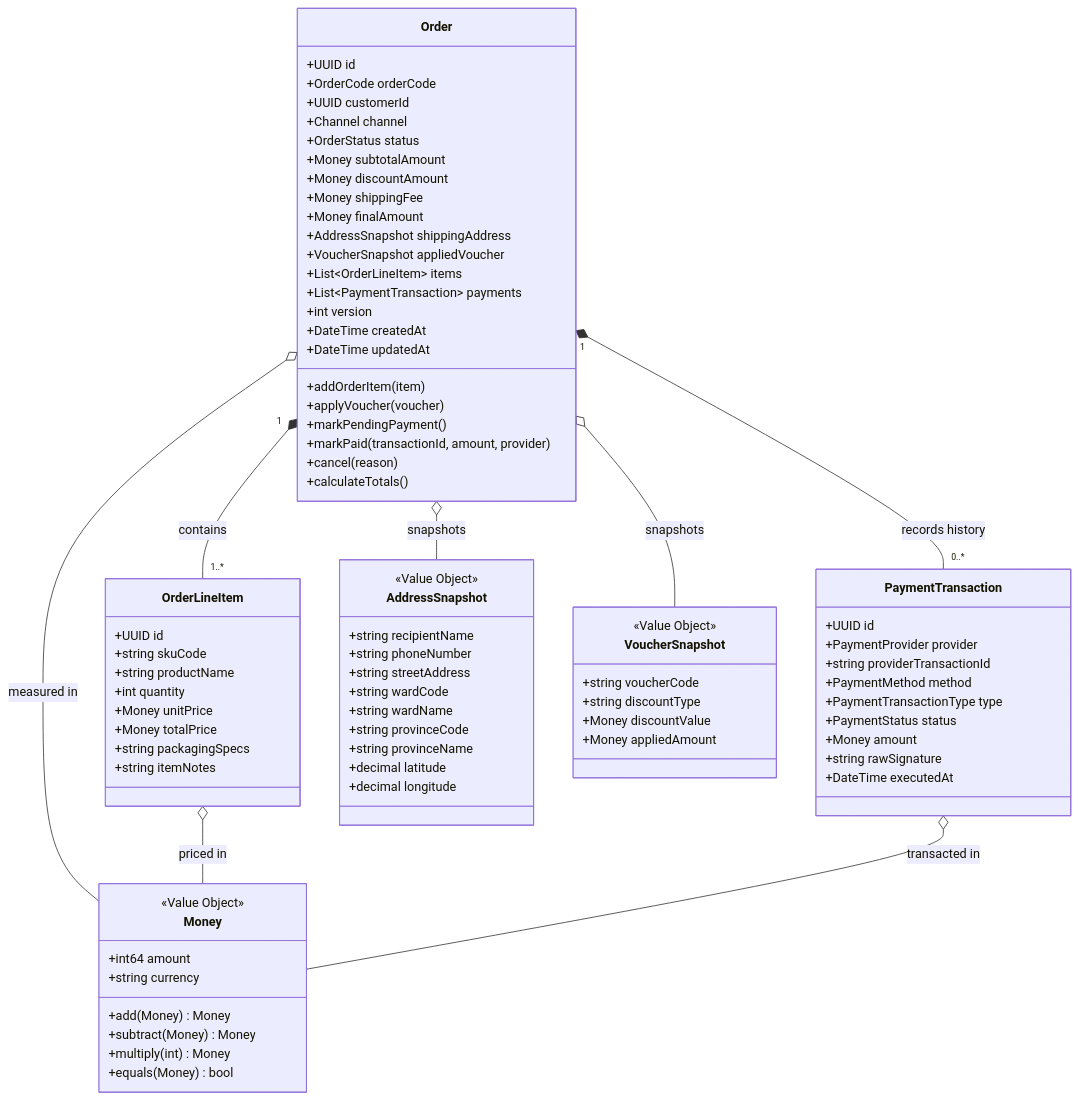
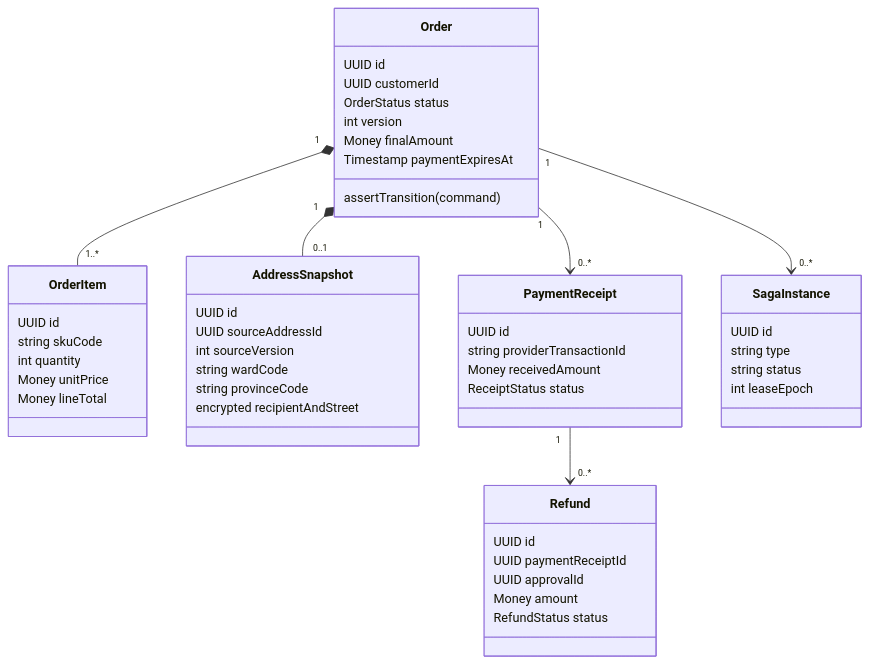
The diagram in docs/02_architecture/services/order-service/01_order_domain_and_boundary.md (hvduong2k5/DUT.PBL6), drawn with Mermaid before and after one commit. The commit also changed other lines of this file and 103 other files, not shown here.

````diff
--- a/docs/02_architecture/services/order-service/01_order_domain_and_boundary.md
+++ b/docs/02_architecture/services/order-service/01_order_domain_and_boundary.md
@@ -101,89 +28,51 @@
 ```mermaid
 classDiagram
     class Order {
-        +UUID id
-        +OrderCode orderCode
-        +UUID customerId
-        +Channel channel
-        +OrderStatus status
-        +Money subtotalAmount
-        +Money discountAmount
-        +Money shippingFee
-        +Money finalAmount
-        +AddressSnapshot shippingAddress
-        +VoucherSnapshot appliedVoucher
-        +List~OrderLineItem~ items
-        +List~PaymentTransaction~ payments
-        +int version
-        +DateTime createdAt
-        +DateTime updatedAt
-        +addOrderItem(item)
-        +applyVoucher(voucher)
-        +markPendingPayment()
-        +markPaid(transactionId, amount, provider)
-        +cancel(reason)
-        +calculateTotals()
+        UUID id
+        UUID customerId
+        OrderStatus status
+        int version
+        Money finalAmount
+        Timestamp paymentExpiresAt
+        assertTransition(command)
     }
-
-    class OrderLineItem {
-        +UUID id
-        +string skuCode
-        +string productName
-        +int quantity
-        +Money unitPrice
-        +Money totalPrice
-        +string packagingSpecs
-        +string itemNotes
+    class OrderItem {
+        UUID id
+        string skuCode
+        int quantity
+        Money unitPrice
+        Money lineTotal
     }
-
-    class PaymentTransaction {
-        +UUID id
-        +PaymentProvider provider
-        +string providerTransactionId
-        +PaymentMethod method
-        +PaymentTransactionType type
-        +PaymentStatus status
-        +Money amount
-        +string rawSignature
-        +DateTime executedAt
+    class AddressSnapshot {
+        UUID id
+        UUID sourceAddressId
+        int sourceVersion
+        string wardCode
+        string provinceCode
+        encrypted recipientAndStreet
     }
-
-    class Money {
-        <<Value Object>>
-        +int64 amount
-        +string currency
-        +add(Money) Money
-        +subtract(Money) Money
-        +multiply(int) Money
-        +equals(Money) bool
+    class PaymentReceipt {
+        UUID id
+        string providerTransactionId
+        Money receivedAmount
+        ReceiptStatus status
     }
-
-    class AddressSnapshot {
-        <<Value Object>>
-        +string recipientName
-        +string phoneNumber
-        +string streetAddress
-        +string wardCode
-        +string wardName
-        +string provinceCode
-        +string provinceName
-        +decimal latitude
-        +decimal longitude
+    class Refund {
+        UUID id
+        UUID paymentReceiptId
+        UUID approvalId
+        Money amount
+        RefundStatus status
     }
-
-    class VoucherSnapshot {
-        <<Value Object>>
-        +string voucherCode
-        +string discountType
-        +Money discountValue
-        +Money appliedAmount
+    class SagaInstance {
+        UUID id
+        string type
+        string status
+        int leaseEpoch
     }
-
-    Order "1" *-- "1..*" OrderLineItem : contains
-    Order "1" *-- "0..*" PaymentTransaction : records history
-    Order o-- AddressSnapshot : snapshots
-    Order o-- VoucherSnapshot : snapshots
-    Order o-- Money : measured in
-    OrderLineItem o-- Money : priced in
-    PaymentTransaction o-- Money : transacted in
+    Order "1" *-- "1..*" OrderItem
+    Order "1" *-- "0..1" AddressSnapshot
+    Order "1" --> "0..*" PaymentReceipt
+    PaymentReceipt "1" --> "0..*" Refund
+    Order "1" --> "0..*" SagaInstance
 ```
````
